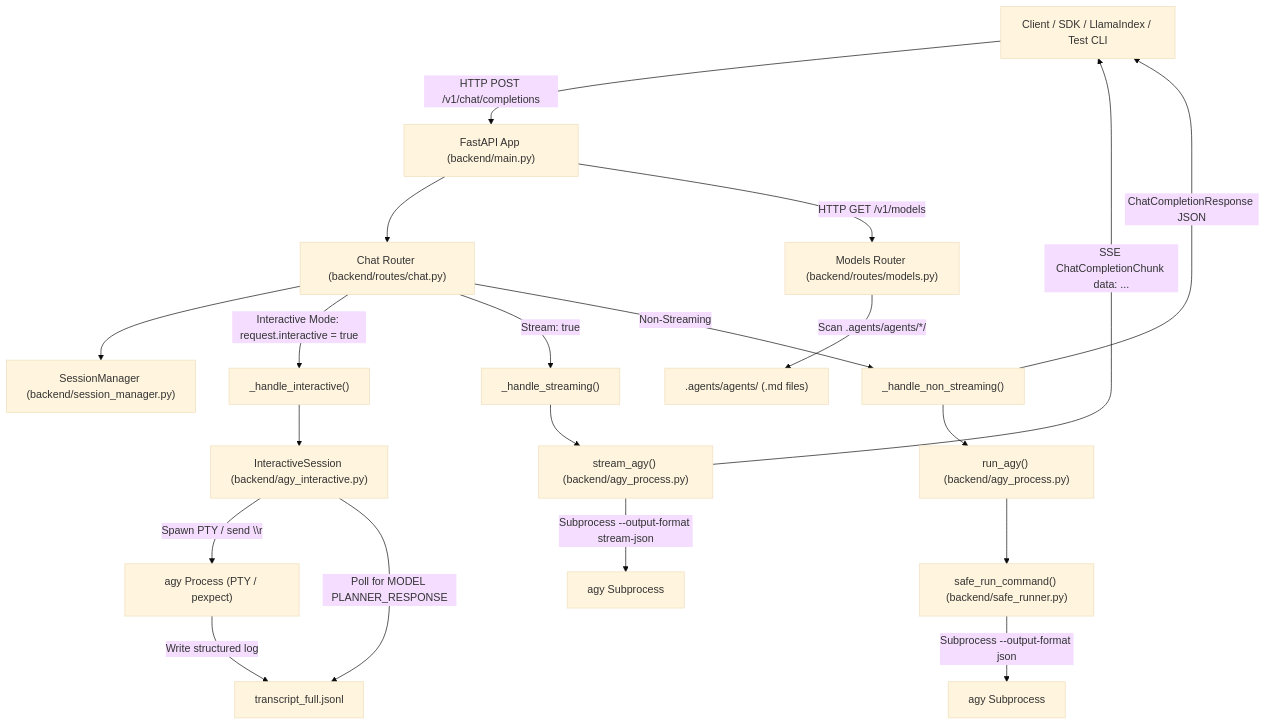
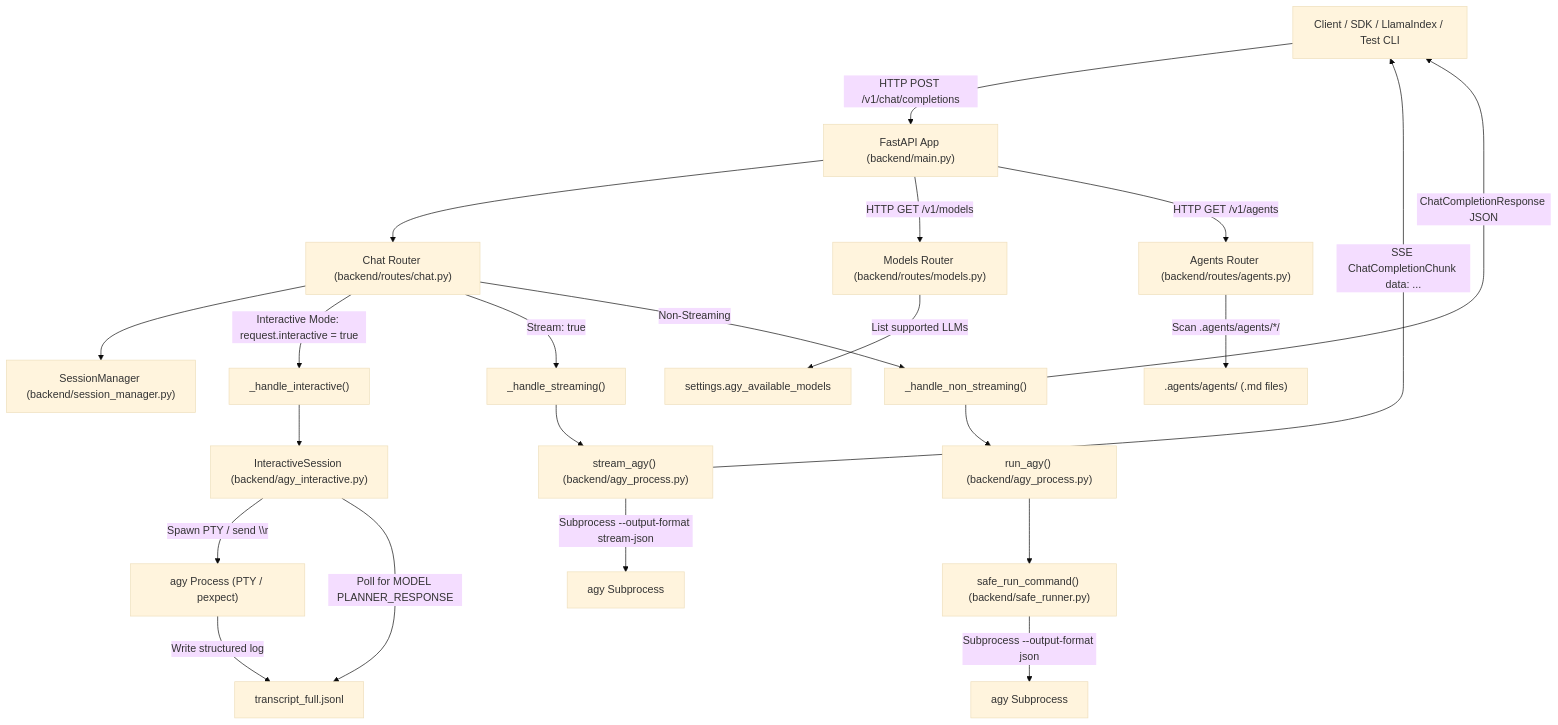
Before and after one commit to ablondel42/hebras-ai: the diagram in AGENTS.md, drawn with Mermaid (base theme). The commit also changed other lines of this file and 17 other files, not shown here.

Commit message:
Refactor semantic mistake between agents and models

````diff
--- a/AGENTS.md
+++ b/AGENTS.md
@@ -25,27 +26,30 @@
 ```mermaid
 flowchart TD
     Client["Client / SDK / LlamaIndex / Test CLI"] -->|HTTP POST /v1/chat/completions| FastAPI["FastAPI App (backend/main.py)"]
     FastAPI --> ChatRouter["Chat Router (backend/routes/chat.py)"]
     ChatRouter --> SessionMgr["SessionManager (backend/session_manager.py)"]
 
     ChatRouter -->|Interactive Mode: request.interactive = true| PTYHandler["_handle_interactive()"]
     ChatRouter -->|Stream: true| StreamHandler["_handle_streaming()"]
     ChatRouter -->|Non-Streaming| SyncHandler["_handle_non_streaming()"]
 
     PTYHandler --> InteractiveSession["InteractiveSession (backend/agy_interactive.py)"]
     InteractiveSession -->|Spawn PTY / send \\r| AgyPTY["agy Process (PTY / pexpect)"]
     AgyPTY -->|Write structured log| Transcript["transcript_full.jsonl"]
     InteractiveSession -->|Poll for MODEL PLANNER_RESPONSE| Transcript
 
     StreamHandler --> StreamAgy["stream_agy() (backend/agy_process.py)"]
     StreamAgy -->|Subprocess --output-format stream-json| AgyStreamProc["agy Subprocess"]
     StreamAgy -->|SSE ChatCompletionChunk data: ...| Client
 
     SyncHandler --> RunAgy["run_agy() (backend/agy_process.py)"]
     RunAgy --> SafeRunner["safe_run_command() (backend/safe_runner.py)"]
     SafeRunner -->|Subprocess --output-format json| AgyProc["agy Subprocess"]
     SyncHandler -->|ChatCompletionResponse JSON| Client
 
     FastAPI -->|HTTP GET /v1/models| ModelsRouter["Models Router (backend/routes/models.py)"]
-    ModelsRouter -->|Scan .agents/agents/*/| AgentConfigs[".agents/agents/ (.md files)"]
+    ModelsRouter -->|List supported LLMs| SupportedModels["settings.agy_available_models"]
+
+    FastAPI -->|HTTP GET /v1/agents| AgentsRouter["Agents Router (backend/routes/agents.py)"]
+    AgentsRouter -->|Scan .agents/agents/*/| AgentConfigs[".agents/agents/ (.md files)"]
 ```
````
